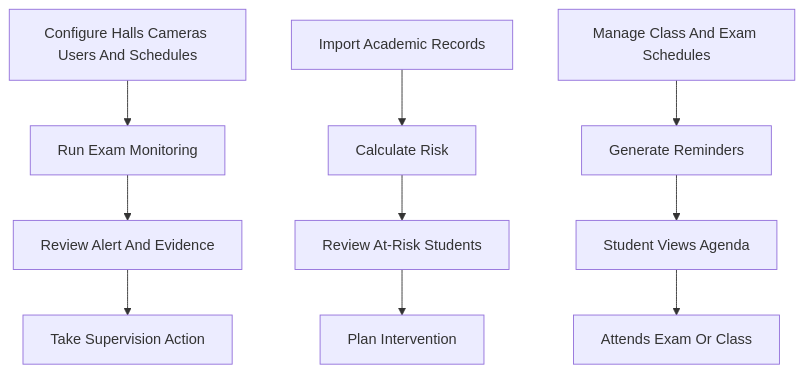
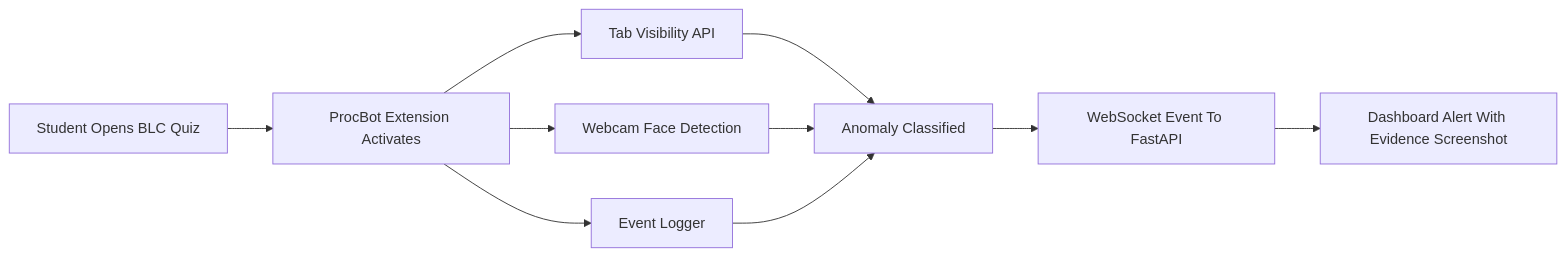
The first of 2 diagrams in README.md (Hasib105/sightline), drawn with Mermaid before and after one commit. The commit also changed other lines of this file and 175 other files, not shown here.

````diff
--- a/README.md
+++ b/README.md
@@ -72,14 +31,12 @@
 ```mermaid
-flowchart TD
-  A[Configure Halls Cameras Users And Schedules] --> B[Run Exam Monitoring]
-  B --> C[Review Alert And Evidence]
-  C --> D[Take Supervision Action]
-
-  E[Import Academic Records] --> F[Calculate Risk]
-  F --> G[Review At-Risk Students]
-  G --> H[Plan Intervention]
-
-  I[Manage Class And Exam Schedules] --> J[Generate Reminders]
-  J --> K[Student Views Agenda]
-  K --> L[Attends Exam Or Class]
+flowchart LR
+  A[Student Opens BLC Quiz] --> B[ProcBot Extension Activates]
+  B --> C[Tab Visibility API]
+  B --> D[Webcam Face Detection]
+  B --> E[Event Logger]
+  C --> F[Anomaly Classified]
+  D --> F
+  E --> F
+  F --> G[WebSocket Event To FastAPI]
+  G --> H[Dashboard Alert With Evidence Screenshot]
 ```
````
